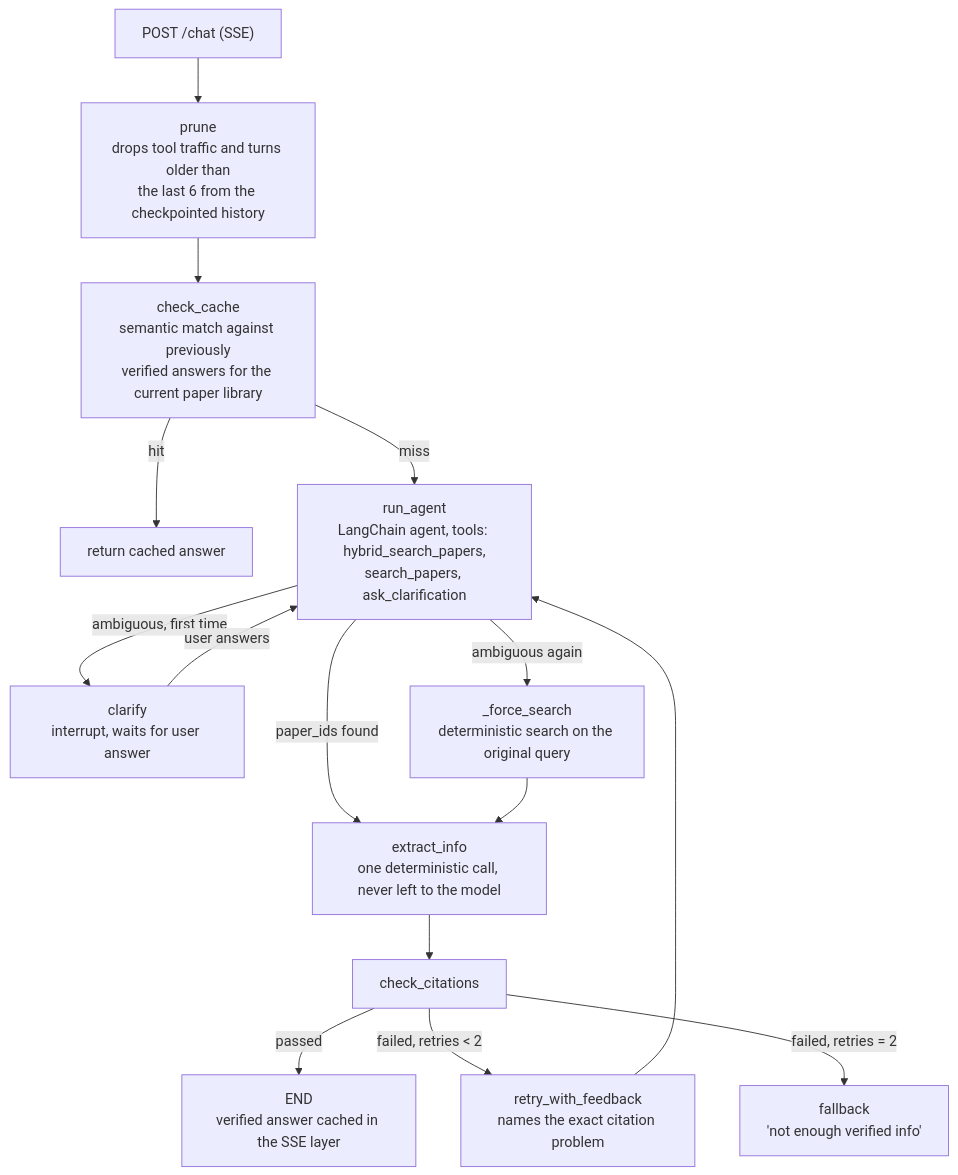
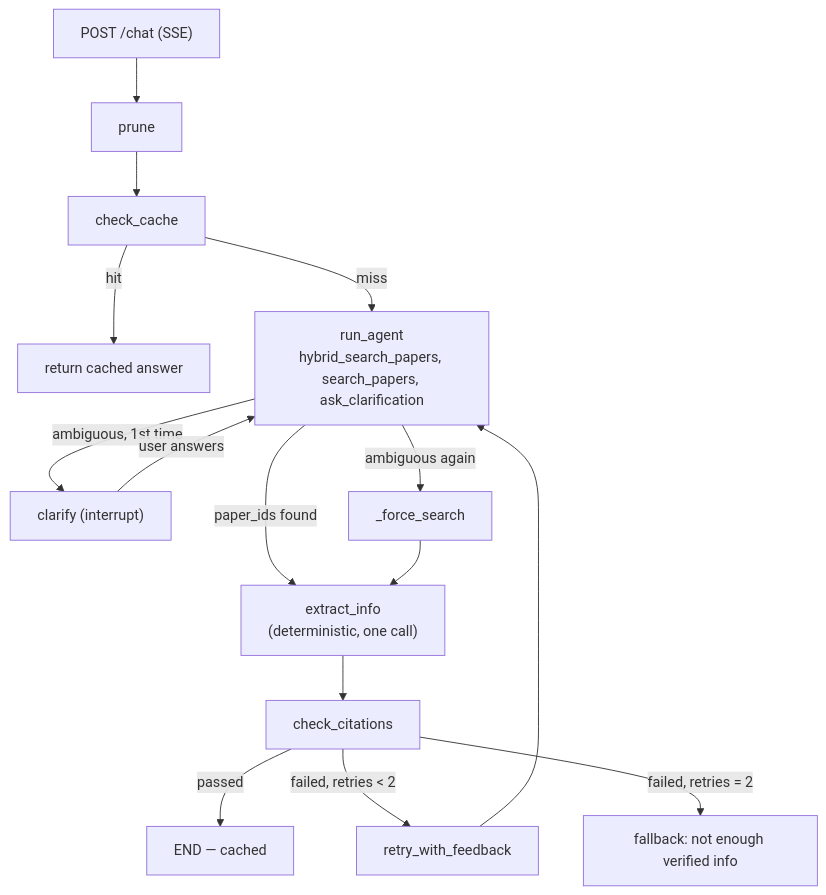
Before and after one commit to AnuradhaBhanout/Footnote: the diagram in README.md, drawn with Mermaid. The commit also changed other lines of this file, not shown here.

````diff
--- a/README.md
+++ b/README.md
@@ -18,17 +36,17 @@
 ```mermaid
 flowchart TD
-    A["POST /chat (SSE)"] --> P["prune<br/>drops tool traffic and turns older than<br/>the last 6 from the checkpointed history"]
-    P --> B["check_cache<br/>semantic match against previously<br/>verified answers for the current paper library"]
+    A["POST /chat (SSE)"] --> P["prune"]
+    P --> B["check_cache"]
     B -- hit --> C[return cached answer]
-    B -- miss --> D["run_agent<br/>LangChain agent, tools: hybrid_search_papers,<br/>search_papers, ask_clarification"]
-    D -- "ambiguous, first time" --> E["clarify<br/>interrupt, waits for user answer"]
-    D -- "ambiguous again" --> K["_force_search<br/>deterministic search on the original query"]
-    D -- paper_ids found --> F["extract_info<br/>one deterministic call, never left to the model"]
+    B -- miss --> D["run_agent<br/>hybrid_search_papers, search_papers, ask_clarification"]
+    D -- ambiguous, 1st time --> E["clarify (interrupt)"]
+    D -- ambiguous again --> K["_force_search"]
+    D -- paper_ids found --> F["extract_info<br/>(deterministic, one call)"]
     E -- user answers --> D
     K --> F
     F --> G[check_citations]
-    G -- passed --> H["END<br/>verified answer cached in the SSE layer"]
-    G -- "failed, retries < 2" --> I["retry_with_feedback<br/>names the exact citation problem"]
-    G -- "failed, retries = 2" --> J["fallback<br/>'not enough verified info'"]
+    G -- passed --> H[END — cached]
+    G -- "failed, retries < 2" --> I[retry_with_feedback]
+    G -- "failed, retries = 2" --> J["fallback: not enough verified info"]
     I --> D
 ```
````
